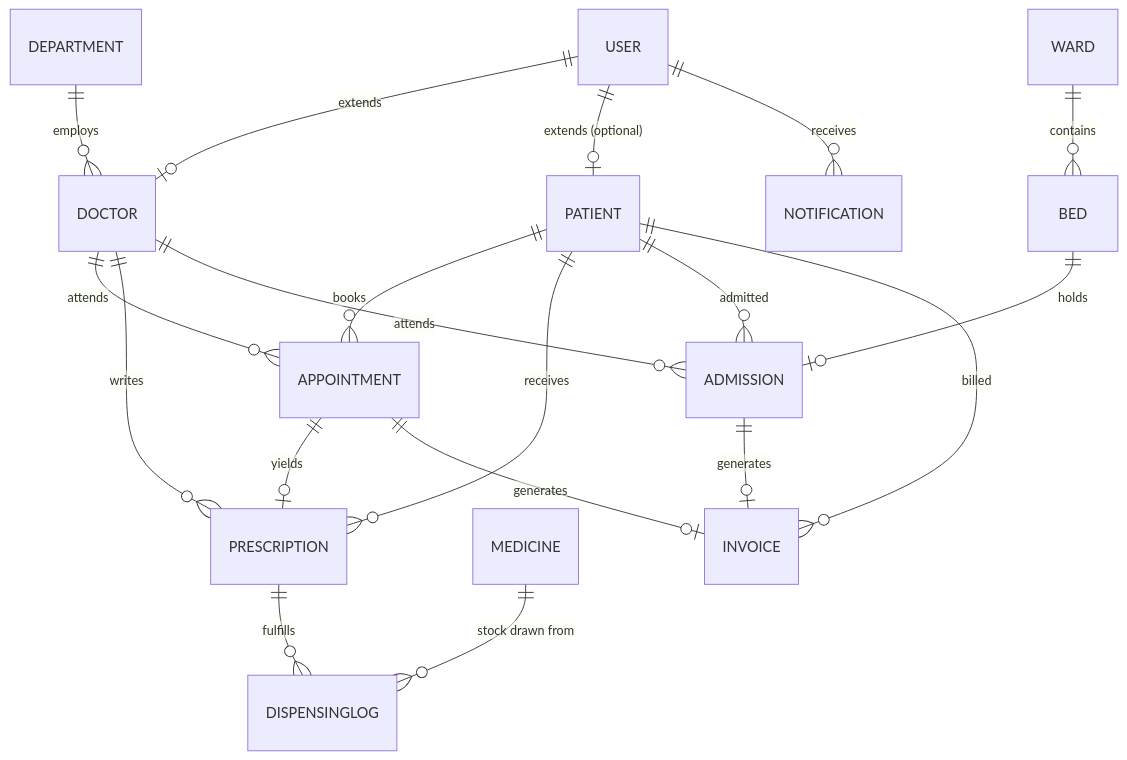
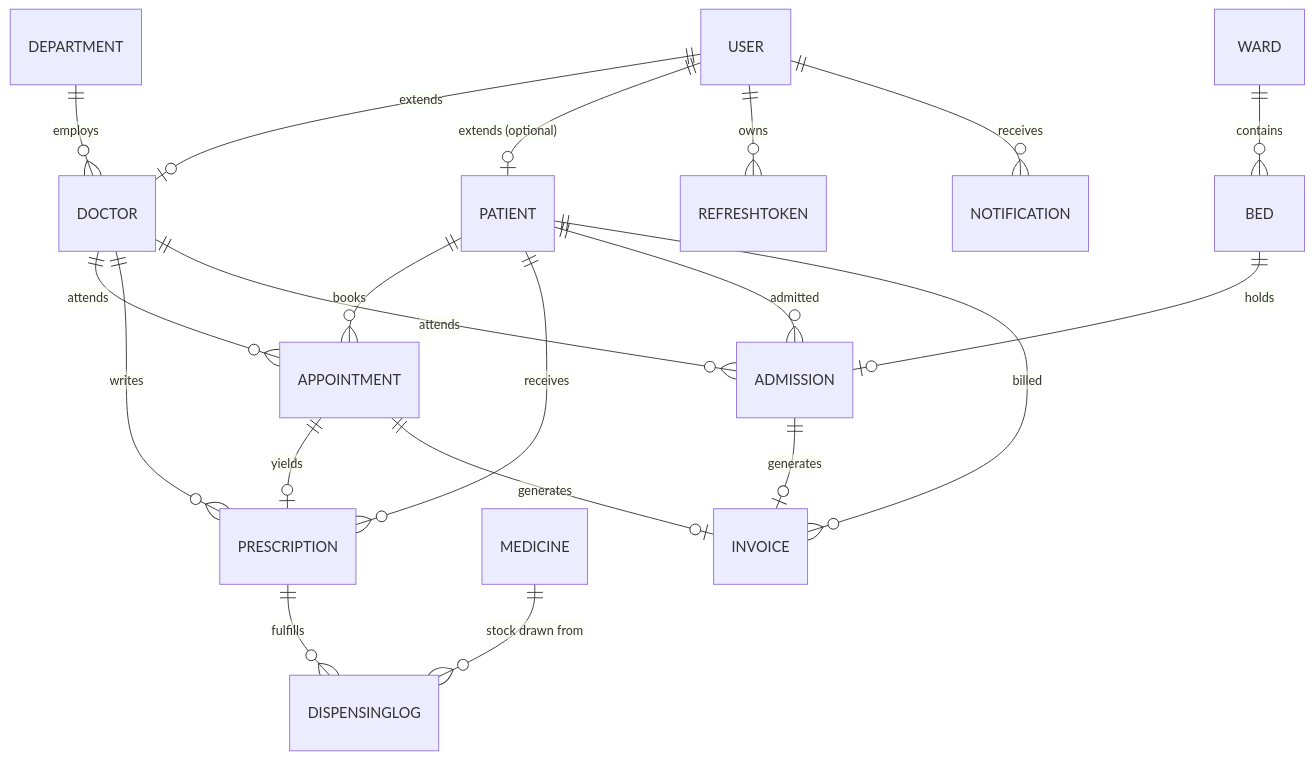
One commit to Vuday3336/Hosipital-Management- changed the second of 2 diagrams in README.md. Above: the diagram before and after it, drawn with Mermaid. The commit also changed other lines of this file and 54 other files, not shown here.

````diff
--- a/README.md
+++ b/README.md
@@ -49,21 +51,22 @@
 ```mermaid
 erDiagram
     USER ||--o| DOCTOR : "extends"
     USER ||--o| PATIENT : "extends (optional)"
+    USER ||--o{ REFRESHTOKEN : owns
     DEPARTMENT ||--o{ DOCTOR : employs
     PATIENT ||--o{ APPOINTMENT : books
     DOCTOR ||--o{ APPOINTMENT : attends
     APPOINTMENT ||--o| PRESCRIPTION : yields
     DOCTOR ||--o{ PRESCRIPTION : writes
     PATIENT ||--o{ PRESCRIPTION : receives
     PRESCRIPTION ||--o{ DISPENSINGLOG : fulfills
     MEDICINE ||--o{ DISPENSINGLOG : "stock drawn from"
     WARD ||--o{ BED : contains
     PATIENT ||--o{ ADMISSION : admitted
     BED ||--o| ADMISSION : holds
     DOCTOR ||--o{ ADMISSION : attends
     PATIENT ||--o{ INVOICE : billed
     APPOINTMENT ||--o| INVOICE : generates
     ADMISSION ||--o| INVOICE : generates
     USER ||--o{ NOTIFICATION : receives
 ```
````
